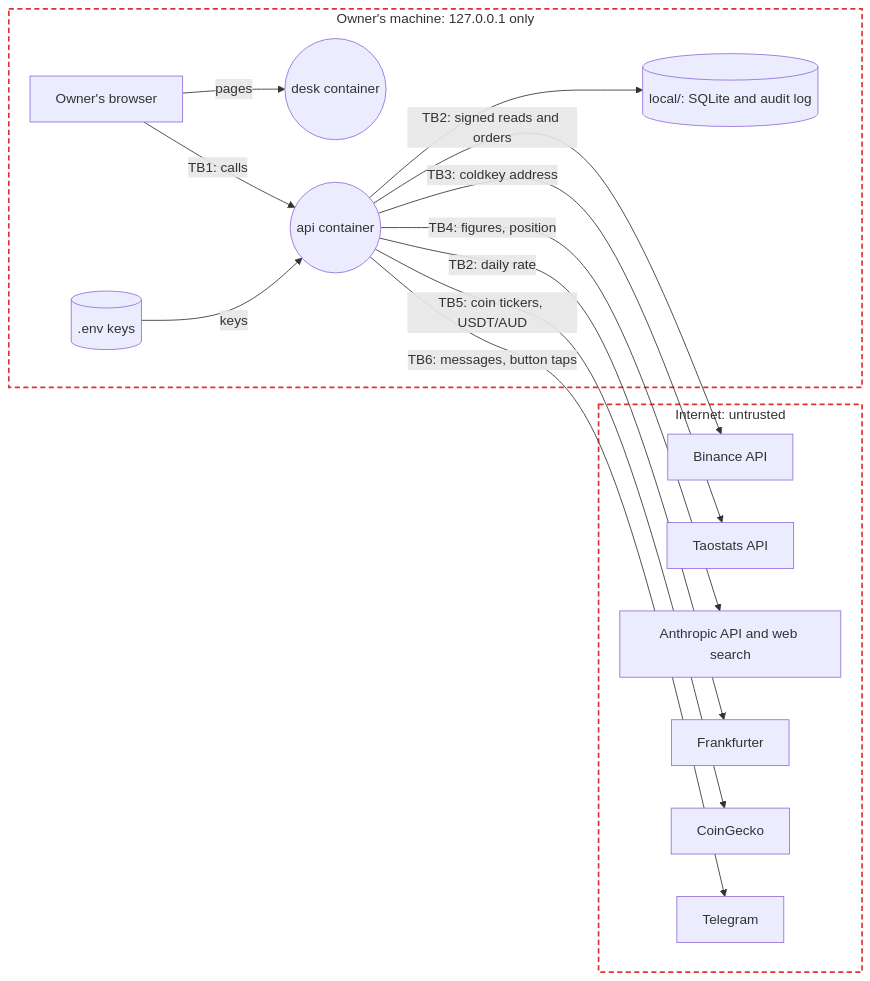
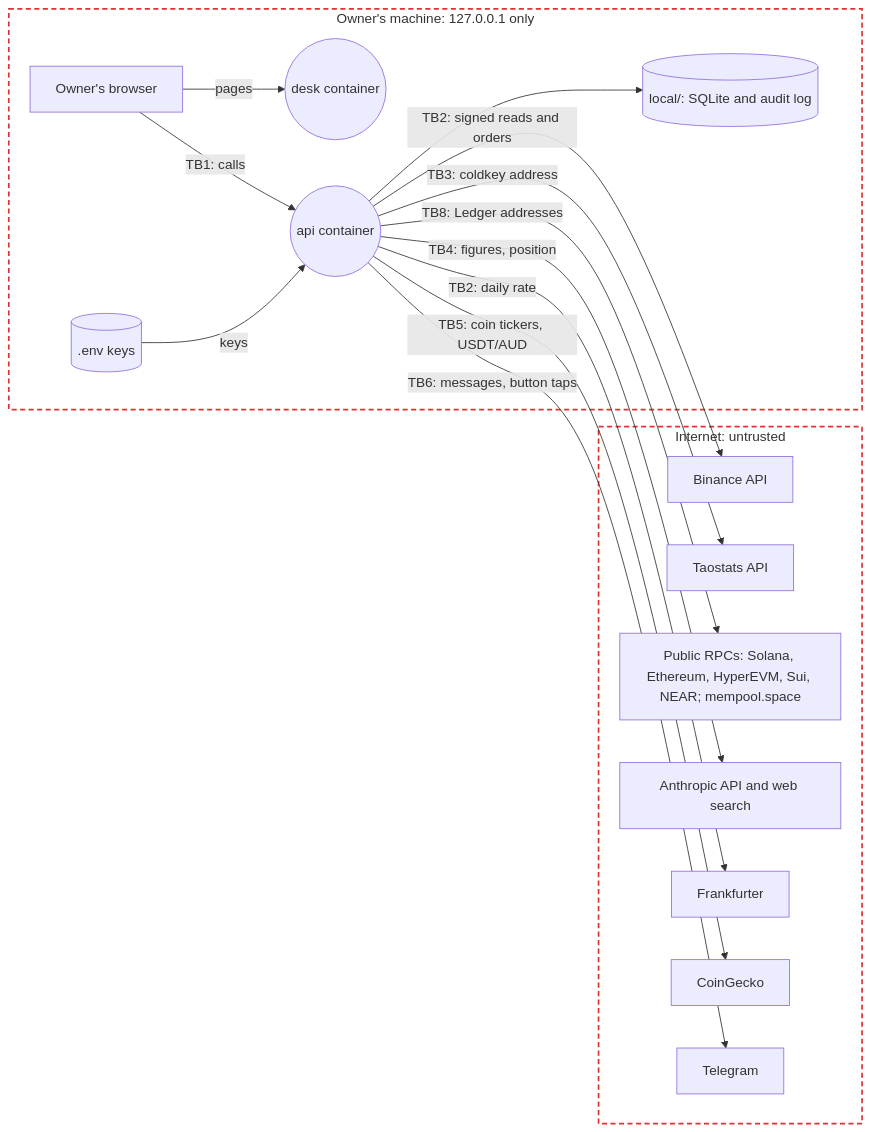
The diagram in docs/threat-model.md (euginevd/trading-desk), drawn with Mermaid before and after one commit. The commit also changed other lines of this file and 50 other files, not shown here.

````diff
--- a/docs/threat-model.md
+++ b/docs/threat-model.md
@@ -7,30 +7,32 @@
 ```mermaid
 flowchart LR
   subgraph machine ["Owner's machine: 127.0.0.1 only"]
     owner[Owner's browser]
     web((desk container))
     api((api container))
     env[(.env keys)]
     db[(local/: SQLite and audit log)]
   end
   subgraph internet ["Internet: untrusted"]
     binance[Binance API]
     taostats[Taostats API]
+    solana[Public RPCs: Solana, Ethereum, HyperEVM, Sui, NEAR; mempool.space]
     anthropic[Anthropic API and web search]
     fx[Frankfurter]
     gecko[CoinGecko]
     tg[Telegram]
   end
   owner -- "pages" --> web
   owner -- "TB1: calls" --> api
   env -- "keys" --> api
   api --> db
   api -- "TB2: signed reads and orders" --> binance
   api -- "TB3: coldkey address" --> taostats
+  api -- "TB8: Ledger addresses" --> solana
   api -- "TB4: figures, position" --> anthropic
   api -- "TB2: daily rate" --> fx
   api -- "TB5: coin tickers, USDT/AUD" --> gecko
   api -- "TB6: messages, button taps" --> tg
   classDef boundary fill:none,stroke:#d33,stroke-width:2px,stroke-dasharray:6 4
   class internet,machine boundary
 ```
````
